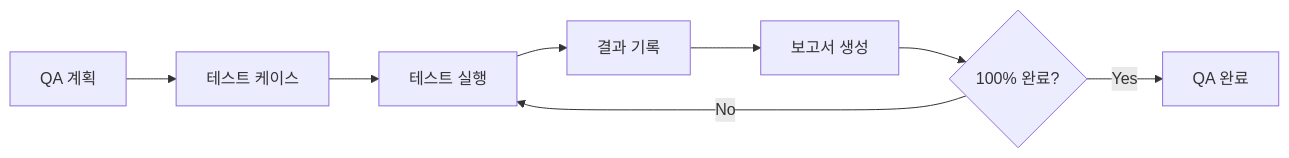
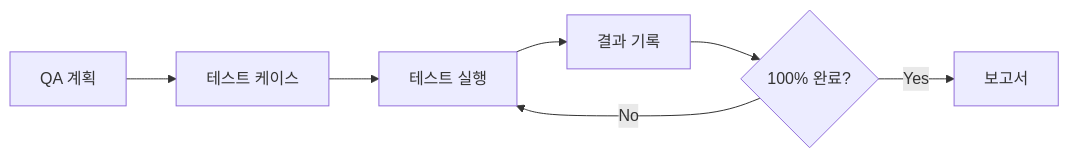
The third of 4 diagrams in README.md (Wondermove-Inc/calab-claude-plugin), drawn with Mermaid before and after one commit. The commit also changed other lines of this file and 16 other files, not shown here.

````diff
--- a/README.md
+++ b/README.md
@@ -711,10 +397,9 @@
 ```mermaid
 flowchart LR
     A["QA 계획"] --> B["테스트 케이스"]
     B --> C["테스트 실행"]
     C --> D["결과 기록"]
-    D --> E["보고서 생성"]
-    E --> F{100% 완료?}
-    F -->|No| C
-    F -->|Yes| G["QA 완료"]
+    D --> E{100% 완료?}
+    E -->|No| C
+    E -->|Yes| F["보고서"]
 ```
````
